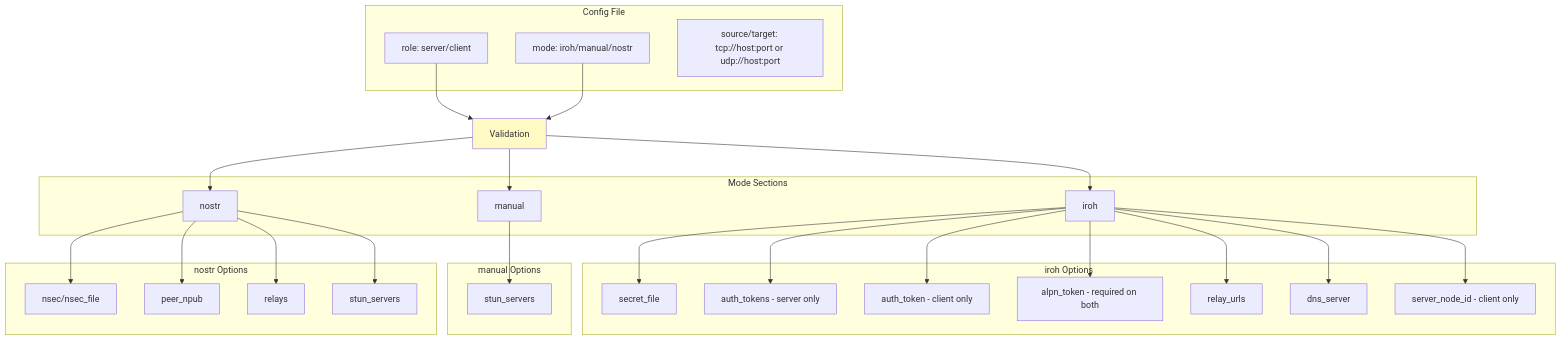
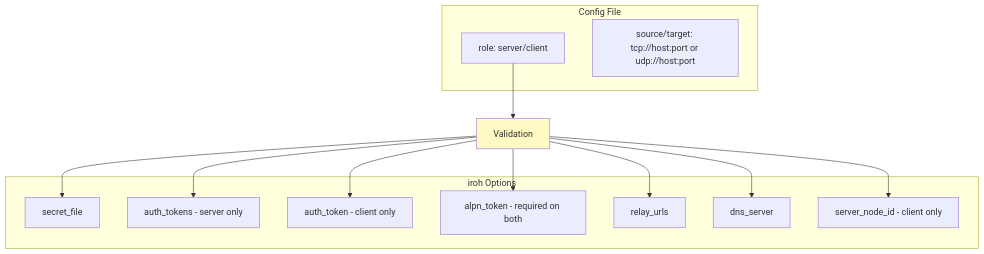
The tenth of 22 diagrams in docs/ARCHITECTURE.md (andrewtheguy/tunnel-rs), drawn with Mermaid before and after one commit. The commit also changed other lines of this file and 54 other files, not shown here.

````diff
--- a/docs/ARCHITECTURE.md
+++ b/docs/ARCHITECTURE.md
@@ -420,57 +339,28 @@
 ```mermaid
 graph TB
     subgraph "Config File"
         A[role: server/client]
-        B[mode: iroh/manual/nostr]
         C[source/target: tcp://host:port or udp://host:port]
-    end
-
-    subgraph "Mode Sections"
-        E[iroh]
-        G[manual]
-        H[nostr]
     end
 
     subgraph "iroh Options"
         I[secret_file]
         I2[auth_tokens - server only]
         I3[auth_token - client only]
         I4[alpn_token - required on both]
         J[relay_urls]
         L[dns_server]
         M[server_node_id - client only]
     end
 
-    subgraph "manual Options"
-        N[stun_servers]
-    end
-
-    subgraph "nostr Options"
-        O[nsec/nsec_file]
-        P[peer_npub]
-        Q[relays]
-        R[stun_servers]
-    end
-
     A --> S[Validation]
-    B --> S
-    S --> E
-    S --> G
-    S --> H
-
-    E --> I
-    E --> I2
-    E --> I3
-    E --> I4
-    E --> J
-    E --> L
-    E --> M
-
-    G --> N
-    H --> O
-    H --> P
-    H --> Q
-    H --> R
+    S --> I
+    S --> I2
+    S --> I3
+    S --> I4
+    S --> J
+    S --> L
+    S --> M
 
     style S fill:#FFF9C4
 ```
````
